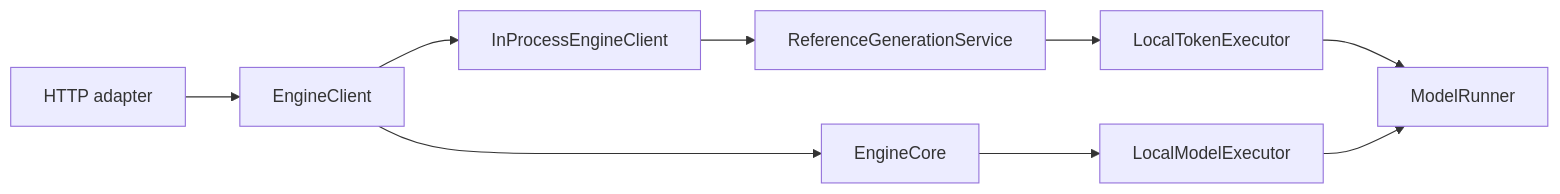
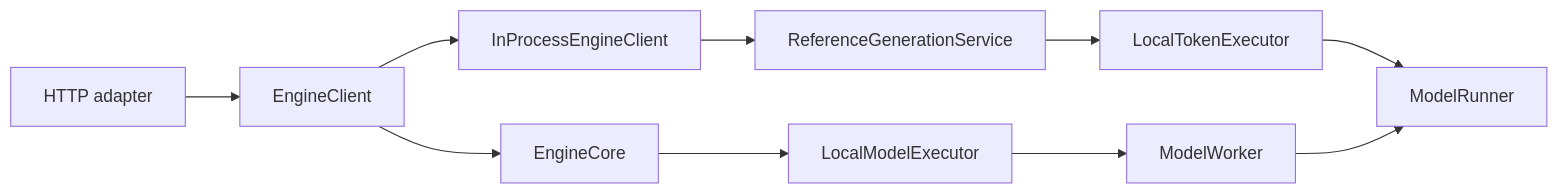
Before and after one commit to poorpaper/light-vllm: the third of 3 diagrams in docs/architecture.md, drawn with Mermaid. The commit also changed other lines of this file and 4 other files, not shown here.

Commit message:
docs: define paged worker architecture

````diff
--- a/docs/architecture.md
+++ b/docs/architecture.md
@@ -166,11 +195,12 @@
 ```mermaid
 flowchart LR
     HTTP["HTTP adapter"] --> Client["EngineClient"]
     Client --> Core["EngineCore"]
     Client --> Bridge["InProcessEngineClient"]
     Bridge --> Reference["ReferenceGenerationService"]
     Reference --> TokenExecutor["LocalTokenExecutor"]
     Core --> ModelExecutor["LocalModelExecutor"]
+    ModelExecutor --> Worker["ModelWorker"]
     TokenExecutor --> Runner["ModelRunner"]
-    ModelExecutor --> Runner
+    Worker --> Runner
 ```
````
